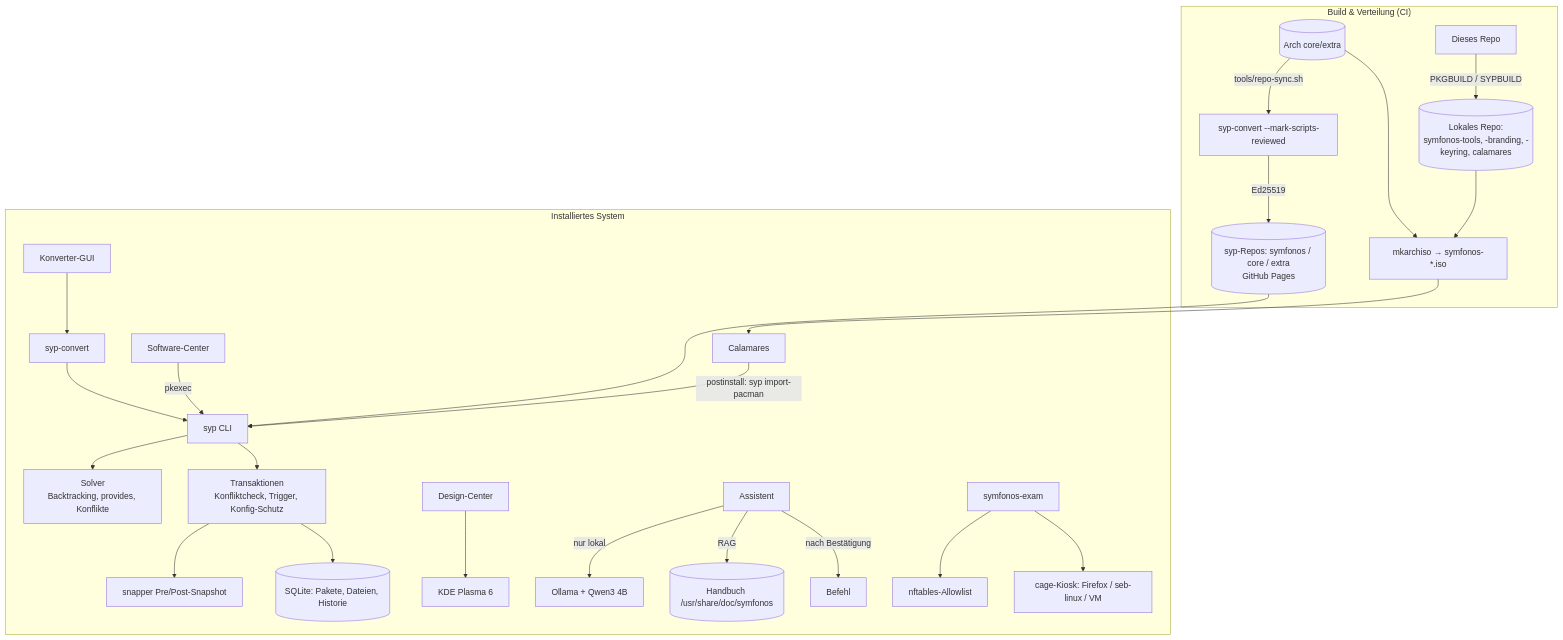
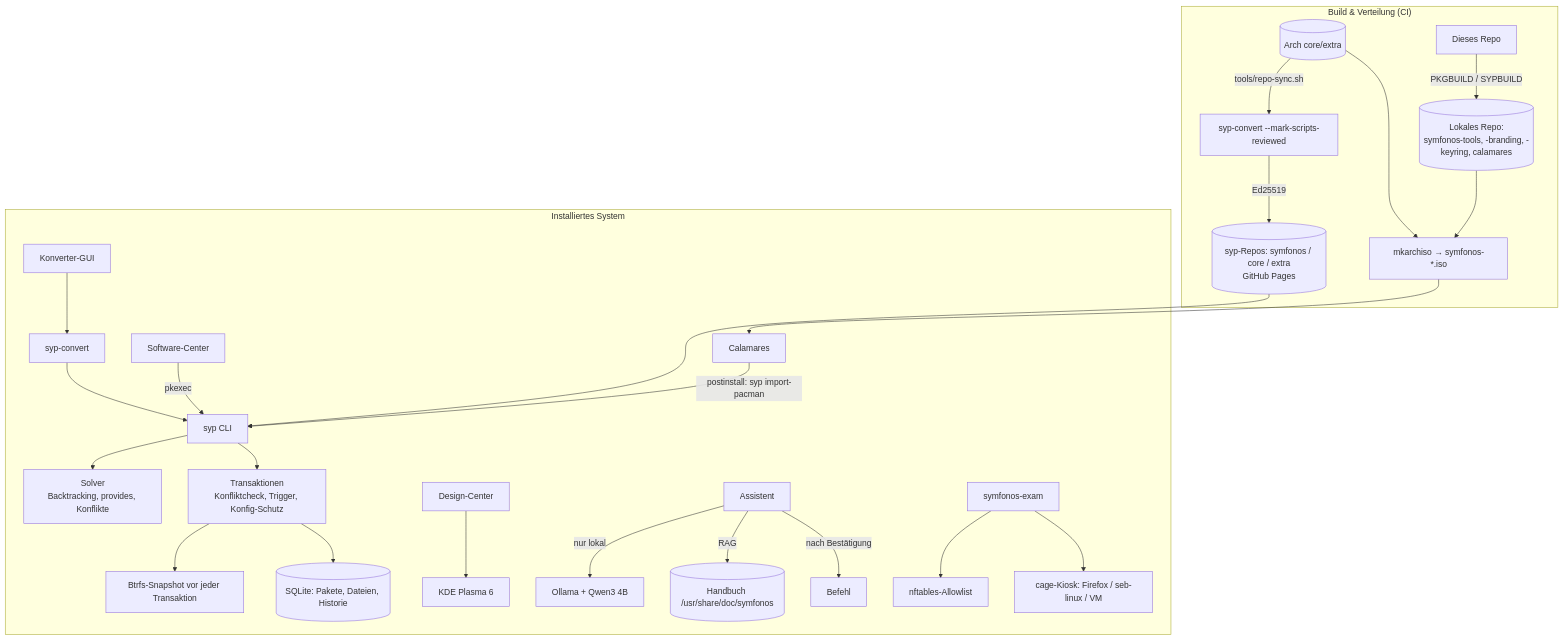
One commit to SymfonOS/SymfonOS changed the diagram in README.md. Above: the diagram before and after it, drawn with Mermaid. The commit also changed other lines of this file and 5 other files, not shown here.

````diff
--- a/README.md
+++ b/README.md
@@ -21,26 +21,26 @@
 ```mermaid
 flowchart TB
   subgraph Build["Build & Verteilung (CI)"]
     ARCH[(Arch core/extra)] -->|tools/repo-sync.sh| CONV[syp-convert --mark-scripts-reviewed]
     CONV -->|Ed25519| REPO[(syp-Repos: symfonos / core / extra<br/>GitHub Pages)]
     SRC[Dieses Repo] -->|PKGBUILD / SYPBUILD| LOCAL[(Lokales Repo:<br/>symfonos-tools, -branding, -keyring, calamares)]
     LOCAL --> ISO[mkarchiso → symfonos-*.iso]
     ARCH --> ISO
   end
   subgraph System["Installiertes System"]
     CAL[Calamares] -->|postinstall: syp import-pacman| SYP
     SYP[syp CLI] --> SOLVER[Solver<br/>Backtracking, provides, Konflikte]
     SYP --> TX[Transaktionen<br/>Konfliktcheck, Trigger, Konfig-Schutz]
-    TX --> SNAP[snapper Pre/Post-Snapshot]
+    TX --> SNAP[Btrfs-Snapshot vor jeder Transaktion]
     TX --> DB[(SQLite: Pakete, Dateien, Historie)]
     STORE[Software-Center] -->|pkexec| SYP
     CGUI[Konverter-GUI] --> CONVL[syp-convert] --> SYP
     DESIGN[Design-Center] --> PLASMA[KDE Plasma 6]
     ASSIST[Assistent] -->|nur lokal| OLLAMA[Ollama + Qwen3 4B]
     ASSIST -->|RAG| DOCS[(Handbuch /usr/share/doc/symfonos)]
     ASSIST -->|nach Bestätigung| SHELL[Befehl]
     EXAM[symfonos-exam] --> NFT[nftables-Allowlist] & CAGE[cage-Kiosk: Firefox / seb-linux / VM]
   end
   REPO --> SYP
   ISO --> CAL
 ```
````
